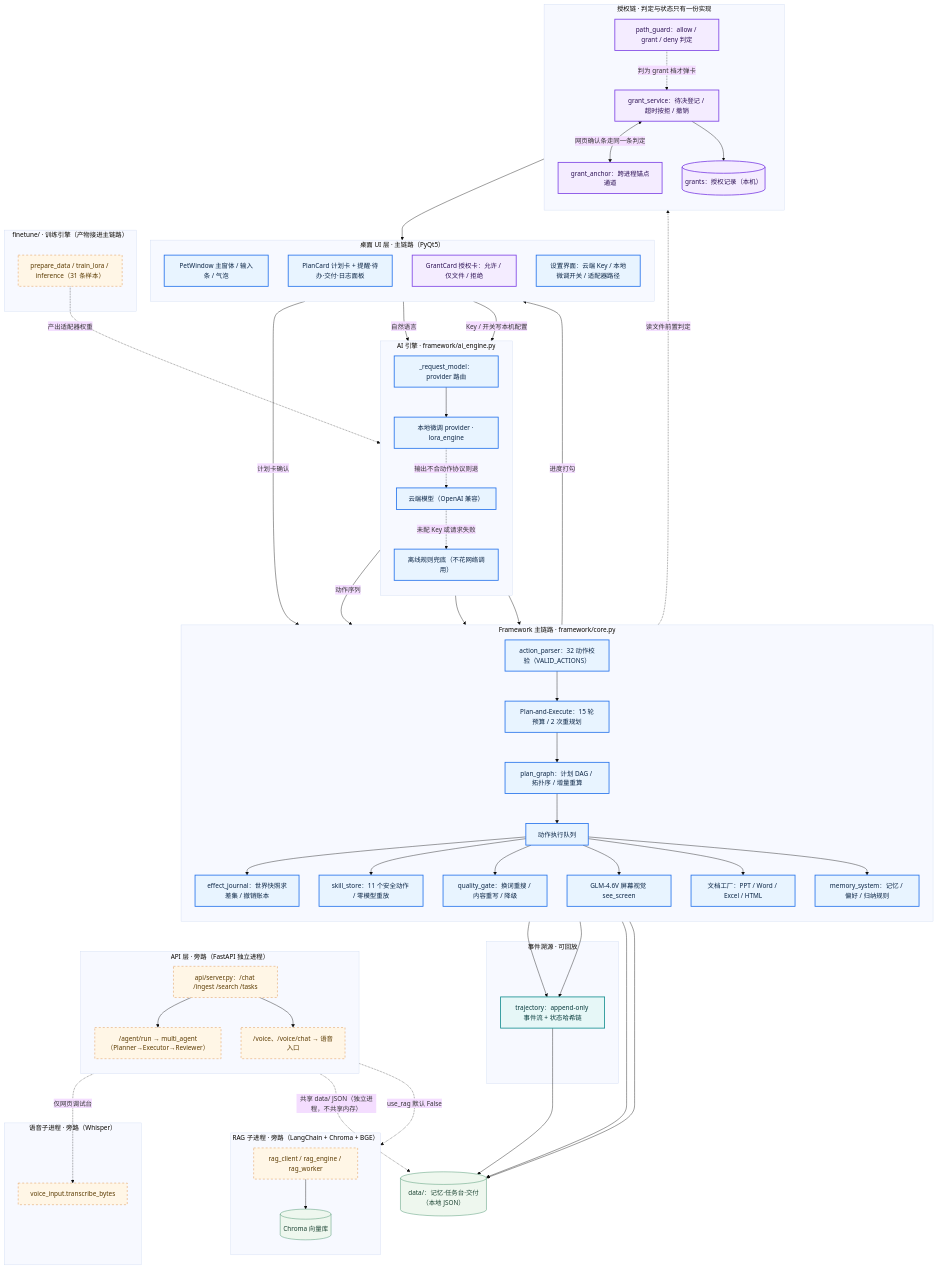
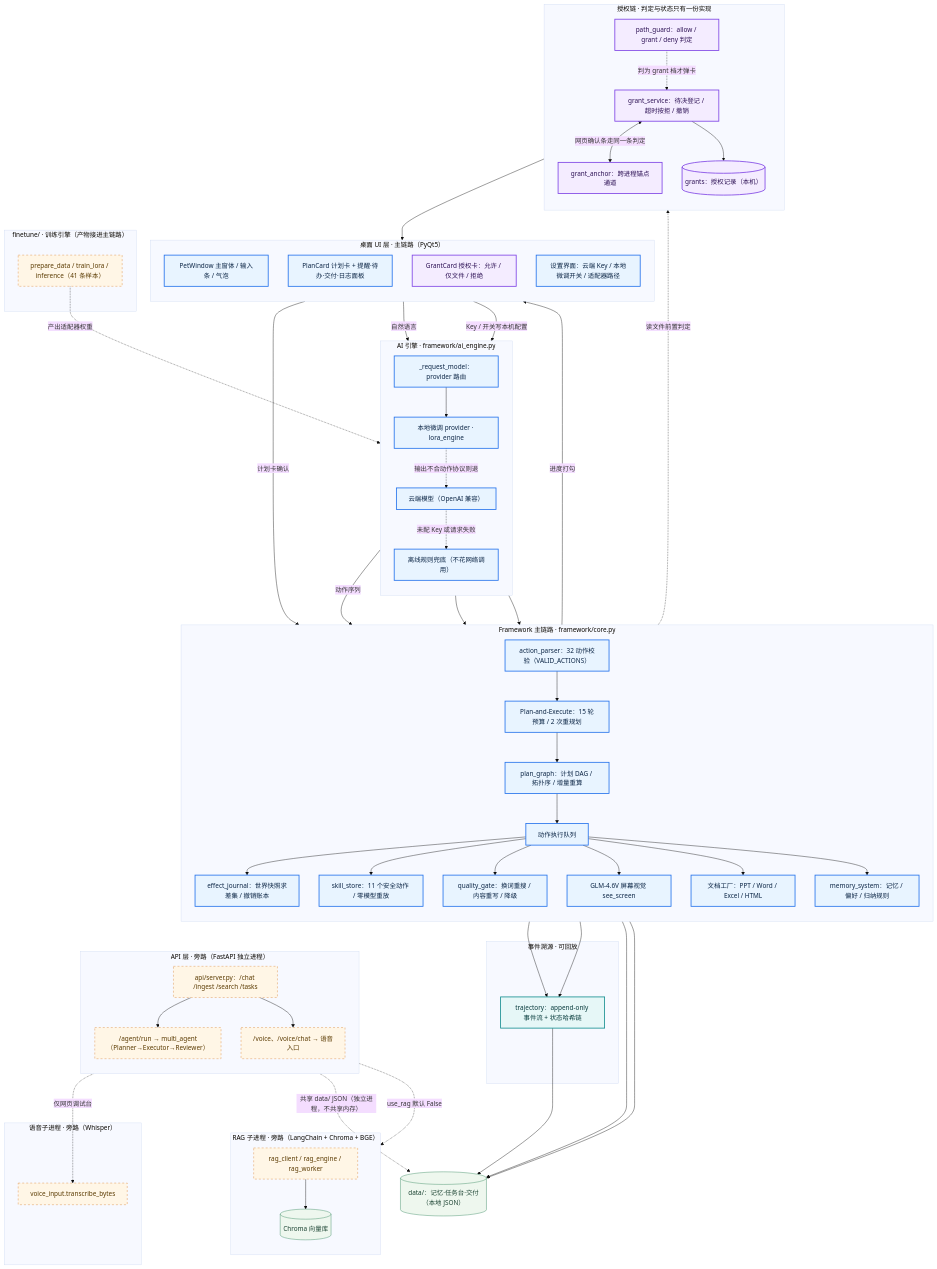
Before and after one commit to hm-yep/L-Agent: the diagram in docs/架构说明.md, drawn with Mermaid (base theme). The commit also changed 8 other files, not shown here.

```diff
--- a/docs/架构说明.md
+++ b/docs/架构说明.md
@@ -74,7 +74,7 @@
     end
 
     subgraph FT["finetune/ · 训练引擎（产物接进主链路）"]
-        FT1["prepare_data / train_lora / inference（31 条样本）"]
+        FT1["prepare_data / train_lora / inference（41 条样本）"]
     end
 
     S1[("data/：记忆·任务台·交付（本地 JSON）")]
```
